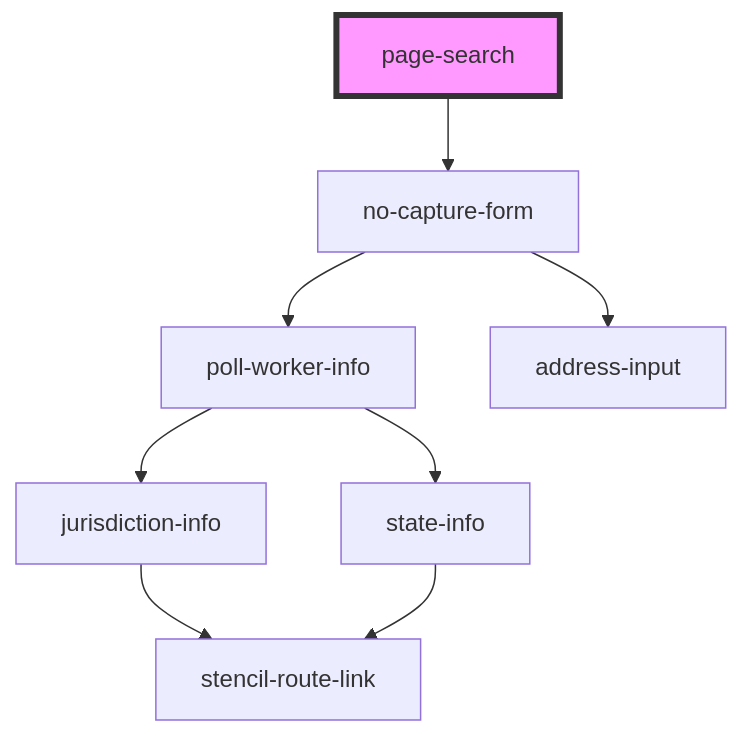
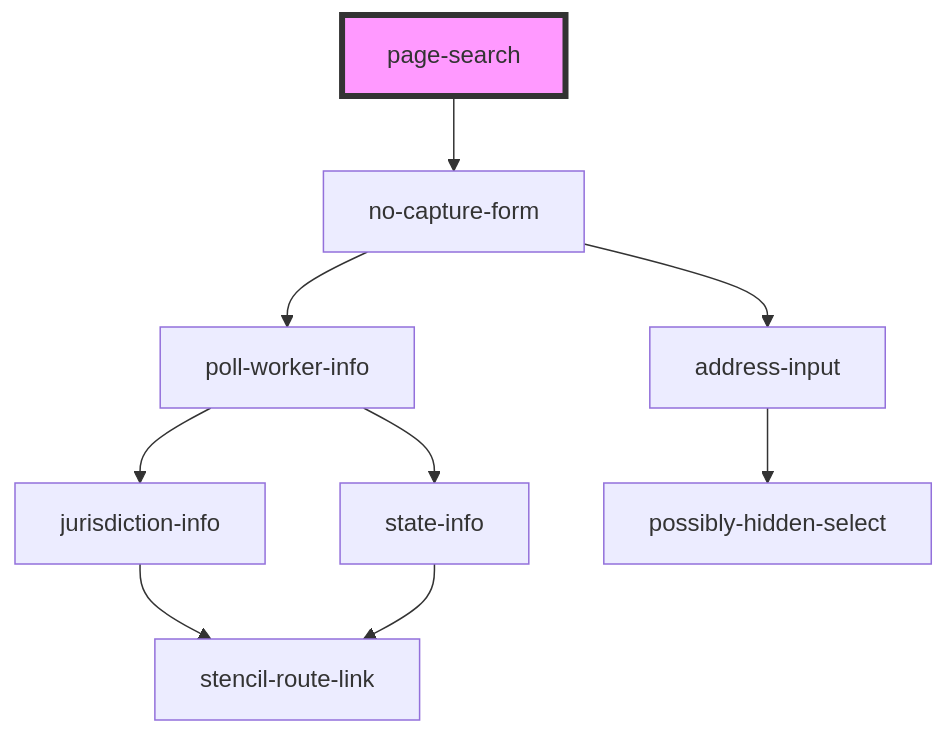
Before and after one commit to pizza-to-the-polls/power-the-polls: the diagram in site/src/components/page-find/readme.md, drawn with Mermaid. The commit also changed 7 other files, not shown here.

````diff
--- a/site/src/components/page-find/readme.md
+++ b/site/src/components/page-find/readme.md
@@ -22,11 +22,12 @@
 ```mermaid
 graph TD;
   page-search --> no-capture-form
   no-capture-form --> poll-worker-info
   no-capture-form --> address-input
   poll-worker-info --> jurisdiction-info
   poll-worker-info --> state-info
   jurisdiction-info --> stencil-route-link
   state-info --> stencil-route-link
+  address-input --> possibly-hidden-select
   style page-search fill:#f9f,stroke:#333,stroke-width:4px
 ```
````
